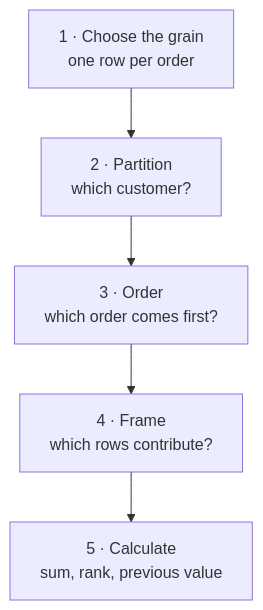
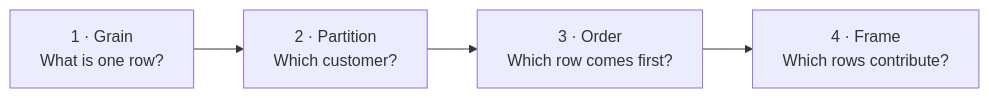
The first of 4 diagrams in docs/gitbook/labs/01-window-functions.md (OrPerets/postgres-data-engineering-student), drawn with Mermaid before and after one commit. The commit also changed other lines of this file and 9 other files, not shown here.

````diff
--- a/docs/gitbook/labs/01-window-functions.md
+++ b/docs/gitbook/labs/01-window-functions.md
@@ -9,7 +7,5 @@
 ```mermaid
-flowchart TD
-    A["1 · Choose the grain<br/>one row per order"] --> B["2 · Partition<br/>which customer?"]
-    B --> C["3 · Order<br/>which order comes first?"]
-    C --> D["4 · Frame<br/>which rows contribute?"]
-    D --> E["5 · Calculate<br/>sum, rank, previous value"]
+flowchart LR
+    A["1 · Grain<br/>What is one row?"] --> B["2 · Partition<br/>Which customer?"]
+    B --> C["3 · Order<br/>Which row comes first?"] --> D["4 · Frame<br/>Which rows contribute?"]
 ```
````
